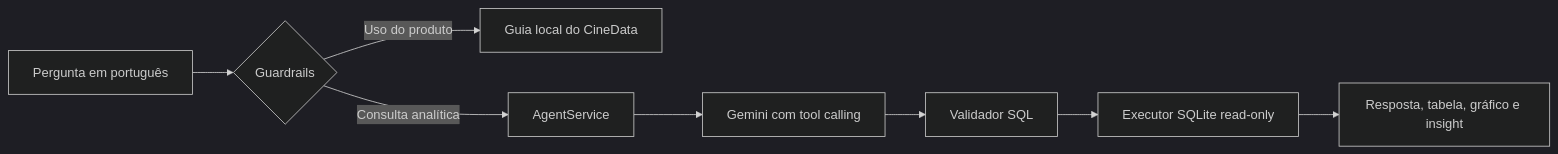
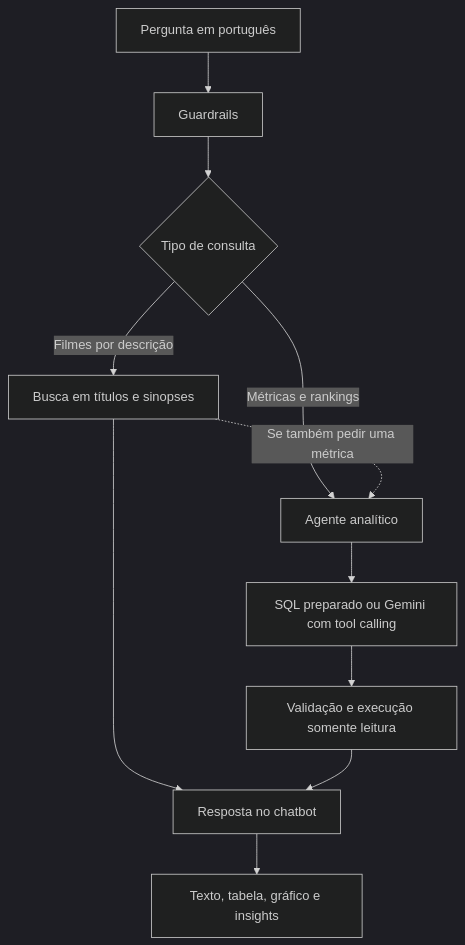
Before and after one commit to GuilhermeRangel1/CineData-GenAi: the first of 2 diagrams in README.md, drawn with Mermaid (dark theme). The commit also changed other lines of this file and 5 other files, not shown here.

First line of the commit message:
docs(genai): detalha entrega e uso do chatbot

````diff
--- a/README.md
+++ b/README.md
@@ -15,10 +20,13 @@
 ```mermaid
-flowchart LR
-    Q[Pergunta em português] --> G{Guardrails}
-    G -->|Uso do produto| H[Guia local do CineData]
-    G -->|Consulta analítica| A[AgentService]
-    A --> M[Gemini com tool calling]
-    M --> V[Validador SQL]
-    V --> X[Executor SQLite read-only]
-    X --> R[Resposta, tabela, gráfico e insight]
+flowchart TB
+    Q[Pergunta em português] --> G[Guardrails]
+    G --> R{Tipo de consulta}
+    R -->|Filmes por descrição| S[Busca em títulos e sinopses]
+    R -->|Métricas e rankings| A[Agente analítico]
+    S -.->|Se também pedir uma métrica| A
+    A --> M[SQL preparado ou Gemini com tool calling]
+    M --> V[Validação e execução somente leitura]
+    S --> F[Resposta no chatbot]
+    V --> F
+    F --> O[Texto, tabela, gráfico e insights]
 ```
````
